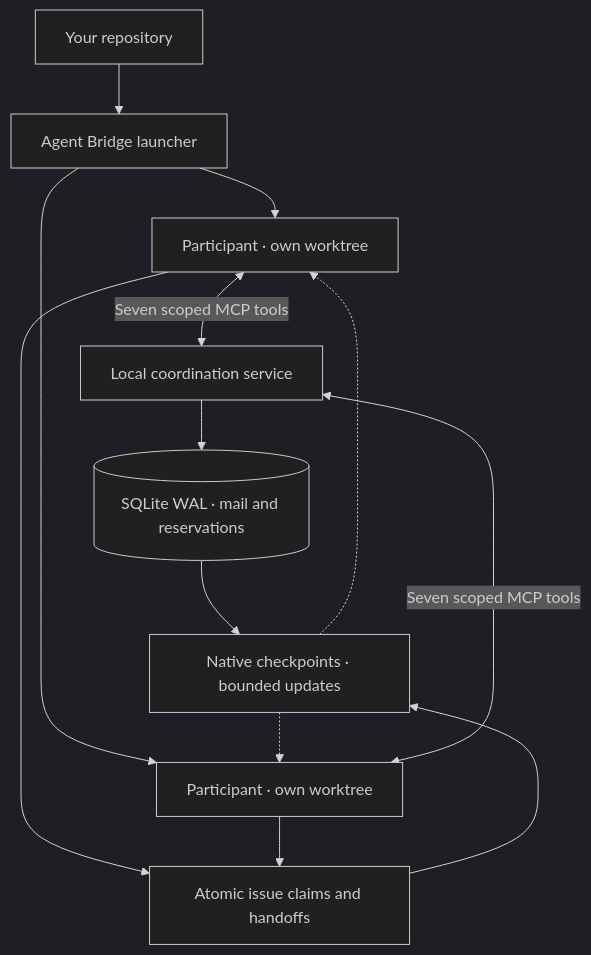
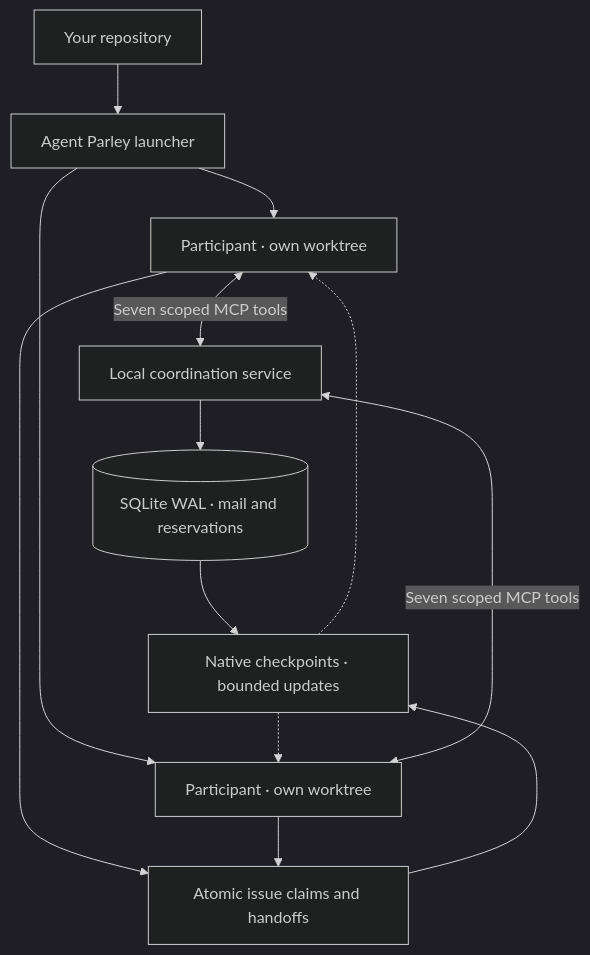
Before and after one commit to suneel944/agent-parley: the diagram in README.md, drawn with Mermaid (dark theme). The commit also changed other lines of this file and 49 other files, not shown here.

````diff
--- a/README.md
+++ b/README.md
@@ -209,15 +205,15 @@
 ```mermaid
 flowchart TD
-    Repo[Your repository] --> Bridge[Agent Bridge launcher]
-    Bridge --> Claude[Participant · own worktree]
-    Bridge --> Codex[Participant · own worktree]
+    Repo[Your repository] --> Launcher[Agent Parley launcher]
+    Launcher --> Claude[Participant · own worktree]
+    Launcher --> Codex[Participant · own worktree]
     Claude <-->|Seven scoped MCP tools| Server[Local coordination service]
     Codex <-->|Seven scoped MCP tools| Server
     Server --> DB[(SQLite WAL · mail and reservations)]
     Claude --> Claims[Atomic issue claims and handoffs]
     Codex --> Claims
     DB --> Hooks[Native checkpoints · bounded updates]
     Claims --> Hooks
     Hooks -.-> Claude
     Hooks -.-> Codex
 ```
````
